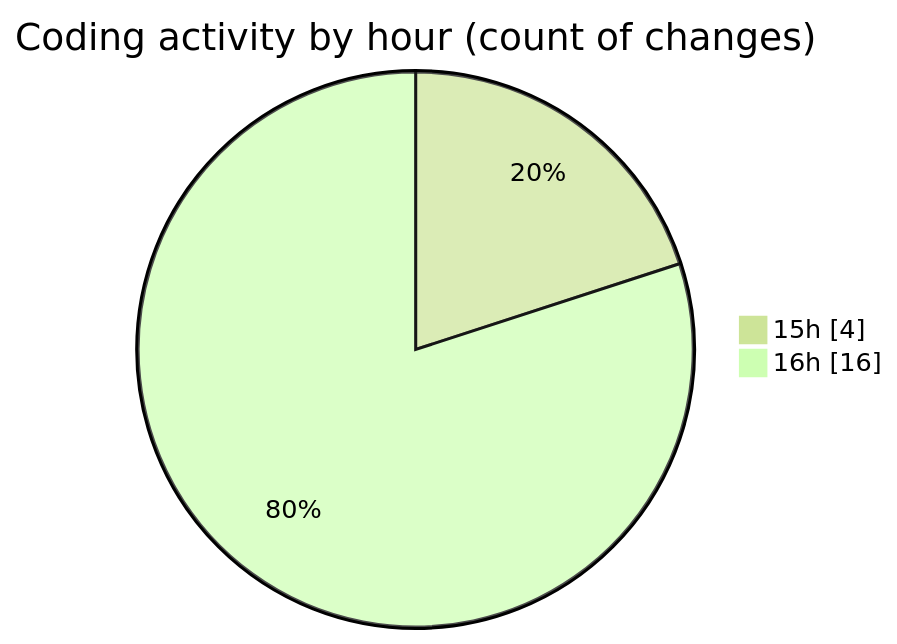
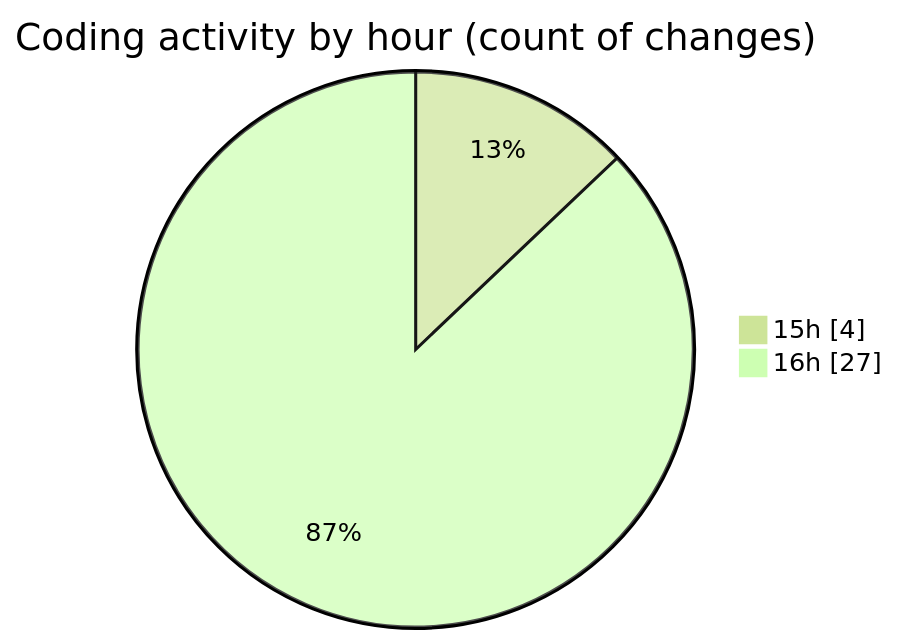
The second of 2 diagrams in 2025-05-26/zip_file/README.md (Ritupan-Deka/code-tracking), drawn with Mermaid (forest theme) before and after one commit. The commit also changed other lines of this file and 1 other file, not shown here.

````diff
--- a/2025-05-26/zip_file/README.md
+++ b/2025-05-26/zip_file/README.md
@@ -35,6 +35,6 @@
 ```mermaid
 pie showData
 title Coding activity by hour (count of changes)
 "15h" : 4
-"16h" : 16
+"16h" : 27
 ```
````
